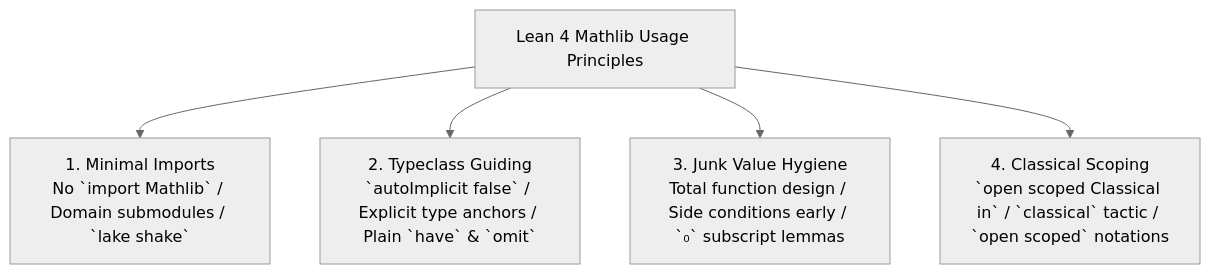
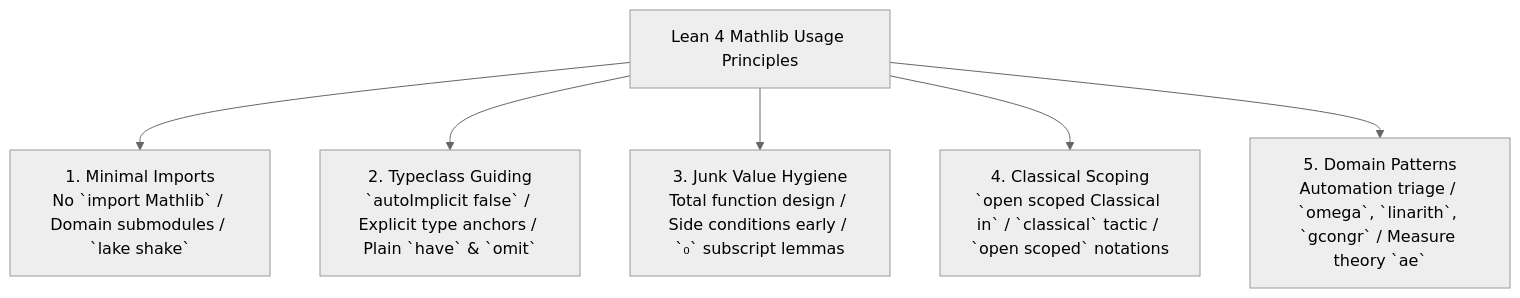
One commit to MI-1222/lean4-skills changed the first of 2 diagrams in skills/lean4-mathlib-use/SKILL.md. Above: the diagram before and after it, drawn with Mermaid (neutral theme). The commit also changed other lines of this file and 1 other file, not shown here.

````diff
--- a/skills/lean4-mathlib-use/SKILL.md
+++ b/skills/lean4-mathlib-use/SKILL.md
@@ -17,8 +17,9 @@
 ```mermaid
 graph TD
     Root["Lean 4 Mathlib Usage Principles"]
     Root --> P1["1. Minimal Imports<br/>No `import Mathlib` / Domain submodules / `lake shake`"]
     Root --> P2["2. Typeclass Guiding<br/>`autoImplicit false` / Explicit type anchors / Plain `have` & `omit`"]
     Root --> P3["3. Junk Value Hygiene<br/>Total function design / Side conditions early / `₀` subscript lemmas"]
     Root --> P4["4. Classical Scoping<br/>`open scoped Classical in` / `classical` tactic / `open scoped` notations"]
+    Root --> P5["5. Domain Patterns<br/>Automation triage / `omega`, `linarith`, `gcongr` / Measure theory `ae`"]
 ```
````
